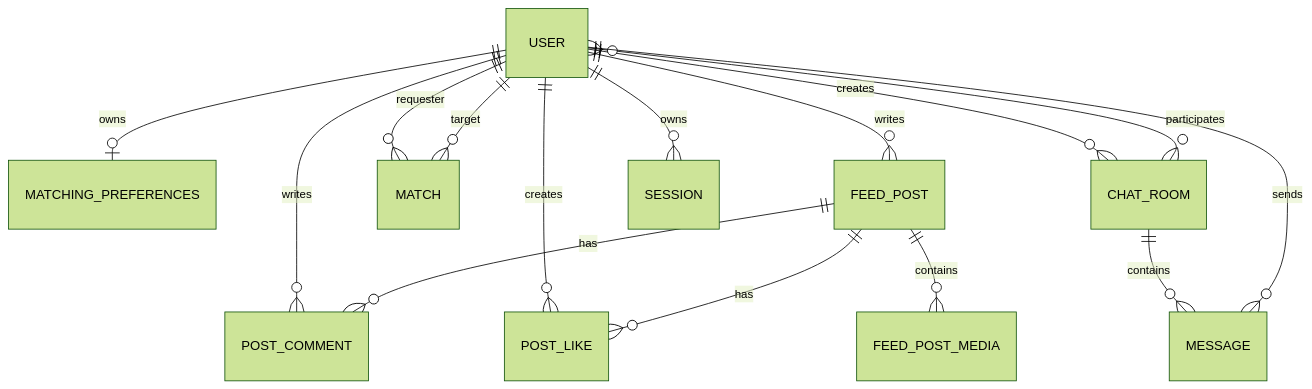
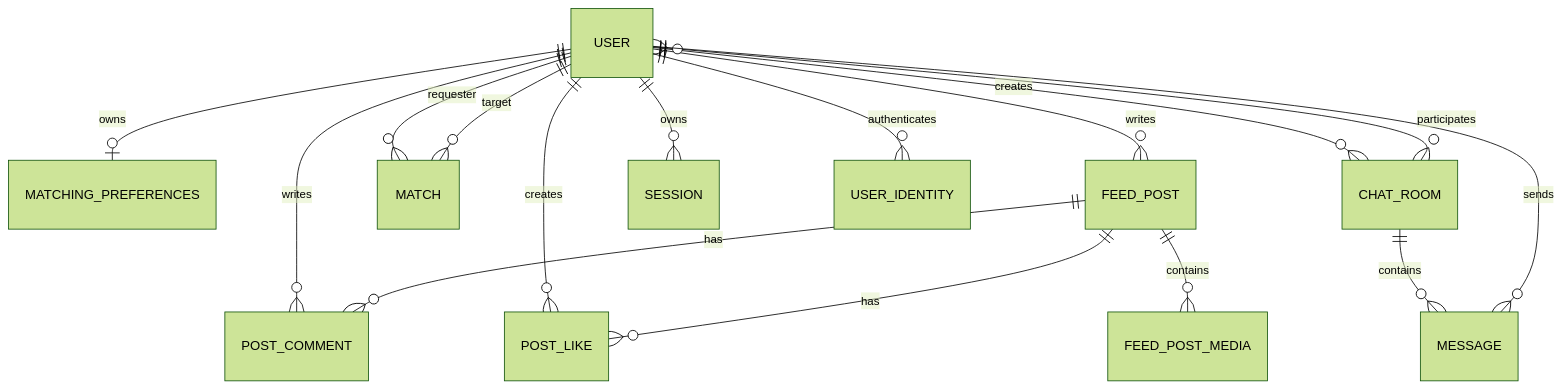
Before and after one commit to gitUserKHS/talk_with_neighbors_back: the diagram in docs/03-data-model.md, drawn with Mermaid (forest theme). The commit also changed other lines of this file and 73 other files, not shown here.

````diff
--- a/docs/03-data-model.md
+++ b/docs/03-data-model.md
@@ -5,17 +5,18 @@
 ```mermaid
 erDiagram
     USER ||--o| MATCHING_PREFERENCES : owns
     USER ||--o{ FEED_POST : writes
     USER ||--o{ POST_COMMENT : writes
     USER ||--o{ POST_LIKE : creates
     FEED_POST ||--o{ POST_COMMENT : has
     FEED_POST ||--o{ POST_LIKE : has
     FEED_POST ||--o{ FEED_POST_MEDIA : contains
     USER ||--o{ MATCH : requester
     USER ||--o{ MATCH : target
     USER ||--o{ CHAT_ROOM : creates
     USER }o--o{ CHAT_ROOM : participates
     CHAT_ROOM ||--o{ MESSAGE : contains
     USER ||--o{ MESSAGE : sends
     USER ||--o{ SESSION : owns
+    USER ||--o{ USER_IDENTITY : authenticates
 ```
````
